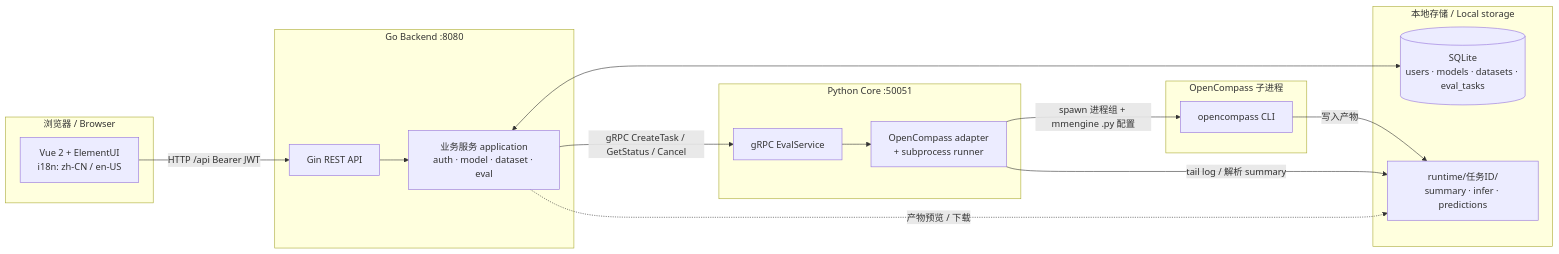
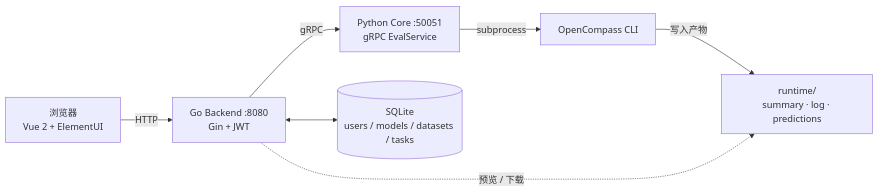
Before and after one commit to waterkokoro/eval-dominator: the diagram in README.md, drawn with Mermaid. The commit also changed other lines of this file and 1 other file, not shown here.

````diff
--- a/README.md
+++ b/README.md
@@ -80,35 +42,16 @@
 ```mermaid
 flowchart LR
-    subgraph browser ["浏览器 / Browser"]
-      UI["Vue 2 + ElementUI<br/>i18n: zh-CN / en-US"]
-    end
+    UI["浏览器<br/>Vue 2 + ElementUI"]
+    BE["Go Backend :8080<br/>Gin + JWT"]
+    Core["Python Core :50051<br/>gRPC EvalService"]
+    OC["OpenCompass CLI"]
+    DB[("SQLite<br/>users / models / datasets / tasks")]
+    FS["runtime/<br/>summary · log · predictions"]
 
-    subgraph backend ["Go Backend :8080"]
-      Gin["Gin REST API"]
-      AppSvc["业务服务 application<br/>auth · model · dataset · eval"]
-    end
-
-    subgraph core ["Python Core :50051"]
-      Grpc["gRPC EvalService"]
-      Adapter["OpenCompass adapter<br/>+ subprocess runner"]
-    end
-
-    subgraph oc ["OpenCompass 子进程"]
-      Cli["opencompass CLI"]
-    end
-
-    subgraph storage ["本地存储 / Local storage"]
-      DB[("SQLite<br/>users · models · datasets · eval_tasks")]
-      FS["runtime/任务ID/<br/>summary · infer · predictions"]
-    end
-
-    UI -->|"HTTP /api Bearer JWT"| Gin
-    Gin --> AppSvc
-    AppSvc <--> DB
-    AppSvc -->|"gRPC CreateTask / GetStatus / Cancel"| Grpc
-    Grpc --> Adapter
-    Adapter -->|"spawn 进程组 + mmengine .py 配置"| Cli
-    Cli -->|"写入产物"| FS
-    Adapter -->|"tail log / 解析 summary"| FS
-    AppSvc -.->|"产物预览 / 下载"| FS
+    UI -->|HTTP| BE
+    BE <--> DB
+    BE -->|gRPC| Core
+    Core -->|subprocess| OC
+    OC -->|写入产物| FS
+    BE -.->|预览 / 下载| FS
 ```
````
